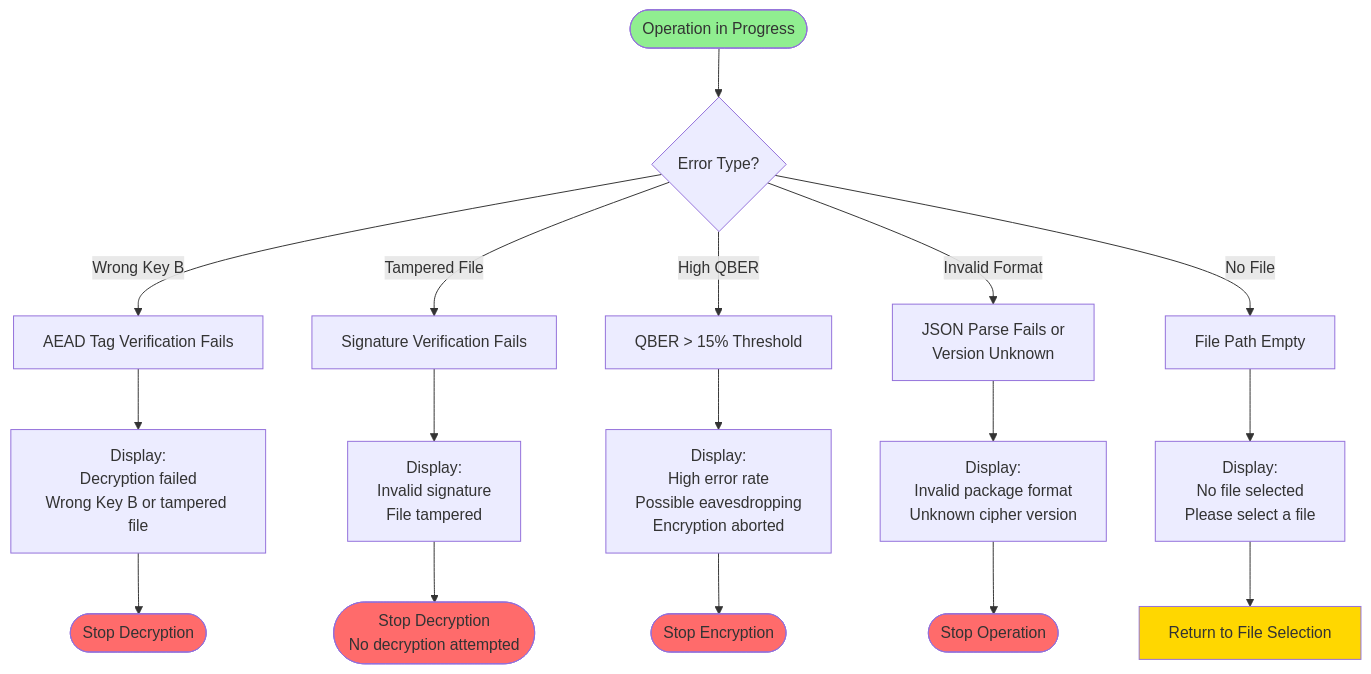
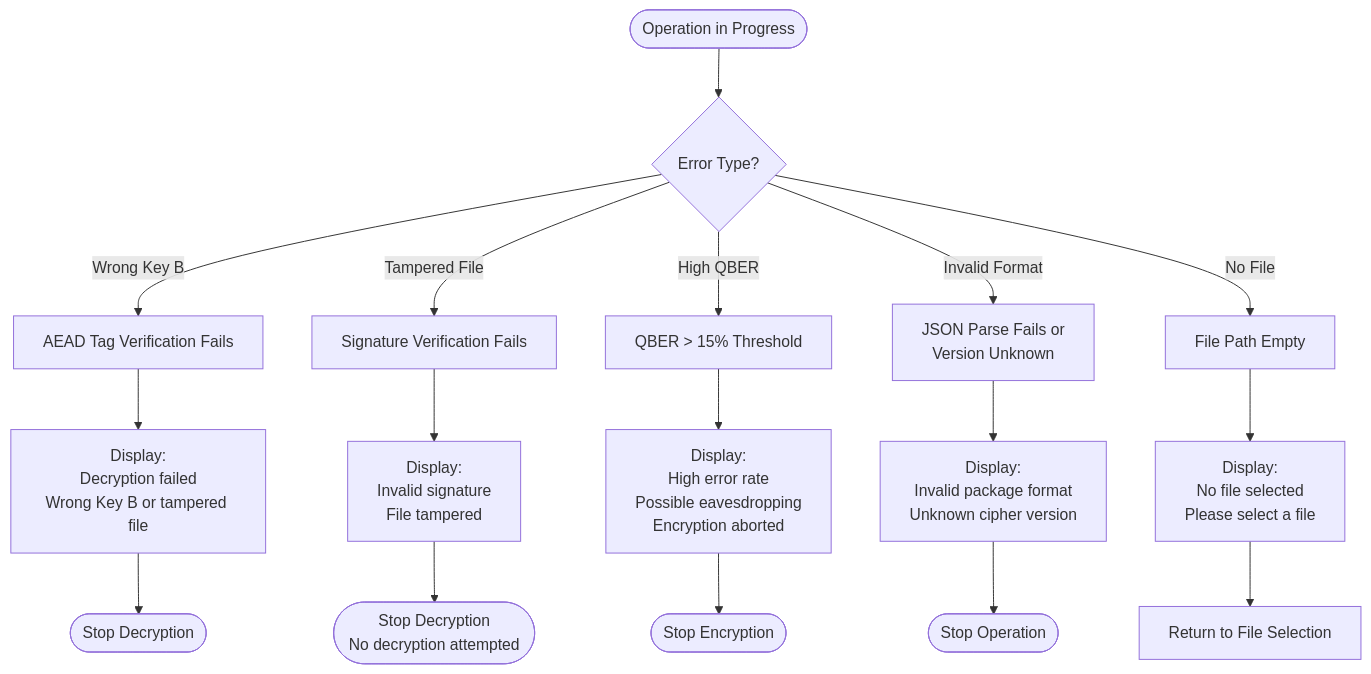
Before and after one commit to amnaahmed567/bb84-hybrid-encryption: the fourth of 5 diagrams in ACTIVITY_DIAGRAM.md, drawn with Mermaid. The commit also changed other lines of this file, not shown here.

````diff
--- a/ACTIVITY_DIAGRAM.md
+++ b/ACTIVITY_DIAGRAM.md
@@ -327,31 +105,24 @@
 ```mermaid
 flowchart TD
     Start([Operation in Progress]) --> Error{Error Type?}
     
     Error -->|Wrong Key B| E1[AEAD Tag Verification Fails]
     E1 --> E1_Msg[Display:<br/>Decryption failed<br/>Wrong Key B or tampered file]
     E1_Msg --> E1_End([Stop Decryption])
     
     Error -->|Tampered File| E2[Signature Verification Fails]
     E2 --> E2_Msg[Display:<br/>Invalid signature<br/>File tampered]
     E2_Msg --> E2_End([Stop Decryption<br/>No decryption attempted])
     
     Error -->|High QBER| E3[QBER > 15% Threshold]
     E3 --> E3_Msg[Display:<br/>High error rate<br/>Possible eavesdropping<br/>Encryption aborted]
     E3_Msg --> E3_End([Stop Encryption])
     
     Error -->|Invalid Format| E4[JSON Parse Fails or<br/>Version Unknown]
     E4 --> E4_Msg[Display:<br/>Invalid package format<br/>Unknown cipher version]
     E4_Msg --> E4_End([Stop Operation])
     
     Error -->|No File| E5[File Path Empty]
     E5 --> E5_Msg[Display:<br/>No file selected<br/>Please select a file]
     E5_Msg --> E5_Retry[Return to File Selection]
-    
-    style Start fill:#90EE90
-    style E1_End fill:#FF6B6B
-    style E2_End fill:#FF6B6B
-    style E3_End fill:#FF6B6B
-    style E4_End fill:#FF6B6B
-    style E5_Retry fill:#FFD700
 ```
````
